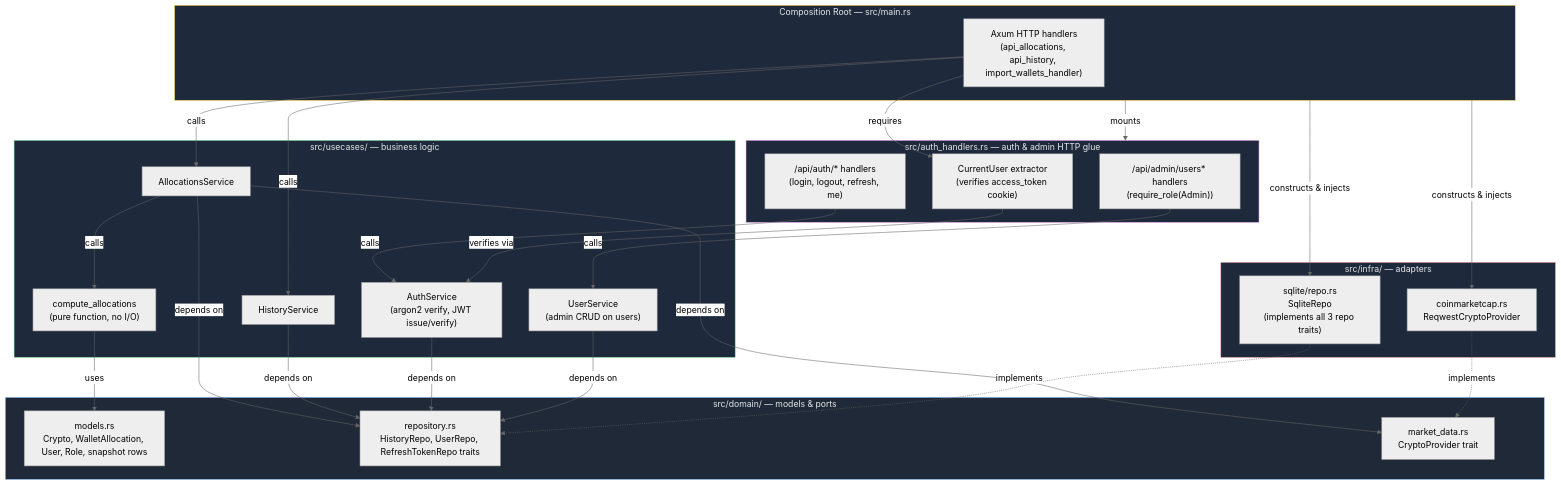
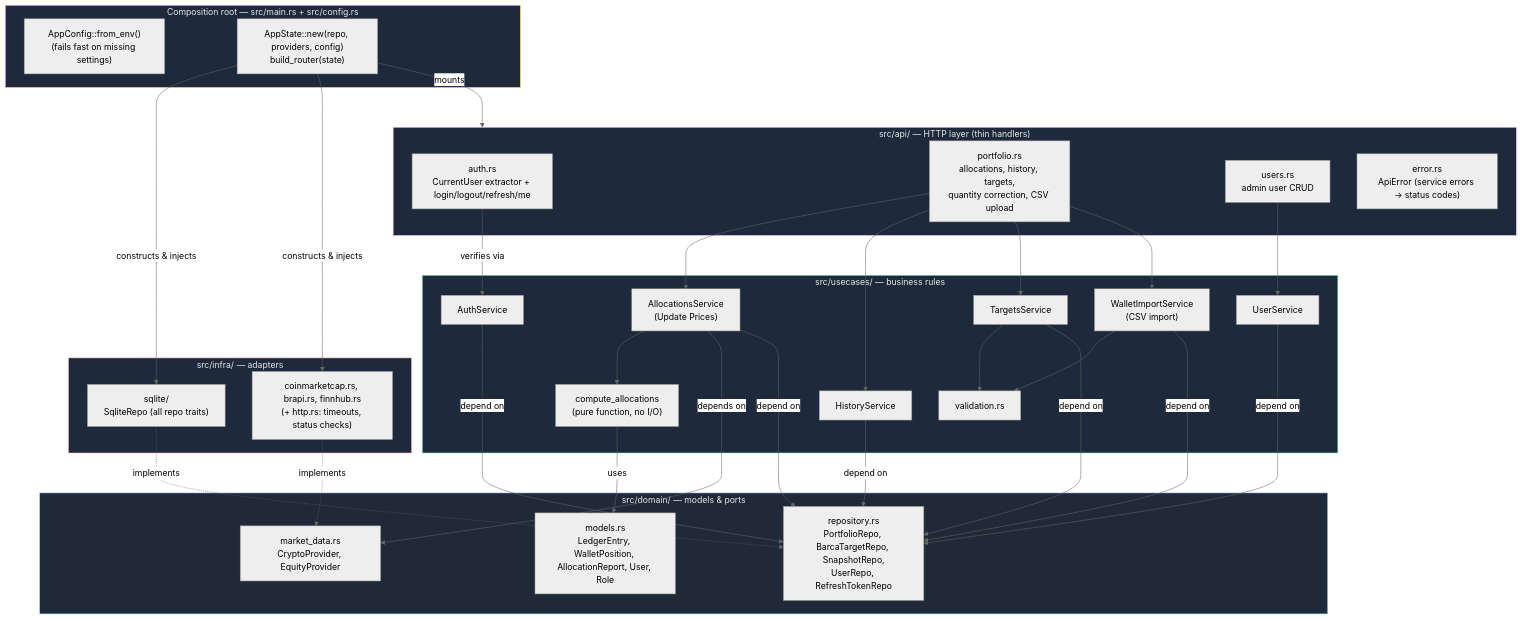
Before and after one commit to rchau73/crypto_management: the diagram in docs/architecture.mmd, drawn with Mermaid (neutral theme). The commit also changed 6 other files, not shown here.

First line of the commit message:
Update docs, diagrams, .env.example and developer skill for new layout

```diff
--- a/docs/architecture.mmd
+++ b/docs/architecture.mmd
@@ -1,56 +1,57 @@
 flowchart TD
-    subgraph MAIN["Composition Root — src/main.rs"]
-        H1["Axum HTTP handlers\n(api_allocations, api_history, import_wallets_handler)"]
+    subgraph MAIN["Composition root — src/main.rs + src/config.rs"]
+        CFG["AppConfig::from_env()\n(fails fast on missing settings)"]
+        WIRE["AppState::new(repo, providers, config)\nbuild_router(state)"]
     end
 
-    subgraph AUTHMOD["src/auth_handlers.rs — auth & admin HTTP glue"]
-        CU["CurrentUser extractor\n(verifies access_token cookie)"]
-        AH["/api/auth/* handlers\n(login, logout, refresh, me)"]
-        ADMH["/api/admin/users* handlers\n(require_role(Admin))"]
+    subgraph API["src/api/ — HTTP layer (thin handlers)"]
+        CU["auth.rs\nCurrentUser extractor + login/logout/refresh/me"]
+        PH["portfolio.rs\nallocations, history, targets,\nquantity correction, CSV upload"]
+        UH["users.rs\nadmin user CRUD"]
+        ERR["error.rs\nApiError (service errors → status codes)"]
     end
 
-    subgraph USECASES["src/usecases/ — business logic"]
+    subgraph USECASES["src/usecases/ — business rules"]
         CA["compute_allocations\n(pure function, no I/O)"]
-        AS["AllocationsService"]
+        AS["AllocationsService\n(Update Prices)"]
         HS["HistoryService"]
-        AUS["AuthService\n(argon2 verify, JWT issue/verify)"]
-        US["UserService\n(admin CRUD on users)"]
+        TS["TargetsService"]
+        WI["WalletImportService\n(CSV import)"]
+        AUS["AuthService"]
+        US["UserService"]
+        VAL["validation.rs"]
     end
 
     subgraph DOMAIN["src/domain/ — models & ports"]
-        MODELS["models.rs\nCrypto, WalletAllocation, User, Role, snapshot rows"]
-        REPO_PORT["repository.rs\nHistoryRepo, UserRepo, RefreshTokenRepo traits"]
-        MD_PORT["market_data.rs\nCryptoProvider trait"]
+        MODELS["models.rs\nLedgerEntry, WalletPosition, AllocationReport, User, Role"]
+        REPO_PORT["repository.rs\nPortfolioRepo, BarcaTargetRepo, SnapshotRepo,\nUserRepo, RefreshTokenRepo"]
+        MD_PORT["market_data.rs\nCryptoProvider, EquityProvider"]
     end
 
     subgraph INFRA["src/infra/ — adapters"]
-        SQLITE["sqlite/repo.rs\nSqliteRepo\n(implements all 3 repo traits)"]
-        CMC["coinmarketcap.rs\nReqwestCryptoProvider"]
+        SQLITE["sqlite/\nSqliteRepo (all repo traits)"]
+        PROV["coinmarketcap.rs, brapi.rs, finnhub.rs\n(+ http.rs: timeouts, status checks)"]
     end
 
-    H1 -->|requires| CU
-    H1 -->|calls| AS
-    H1 -->|calls| HS
-    AH -->|calls| AUS
-    ADMH -->|calls| US
     CU -->|verifies via| AUS
-    AS -->|calls| CA
+    PH --> AS & HS & TS & WI
+    UH --> US
+    AS --> CA
+    TS --> VAL
+    WI --> VAL
     AS -->|depends on| MD_PORT
-    AS -->|depends on| REPO_PORT
-    HS -->|depends on| REPO_PORT
-    AUS -->|depends on| REPO_PORT
-    US -->|depends on| REPO_PORT
+    AS & HS & TS & WI & AUS & US -->|depend on| REPO_PORT
     CA -->|uses| MODELS
 
     SQLITE -.->|implements| REPO_PORT
-    CMC -.->|implements| MD_PORT
+    PROV -.->|implements| MD_PORT
 
-    MAIN -->|constructs & injects| SQLITE
-    MAIN -->|constructs & injects| CMC
-    MAIN -->|mounts| AUTHMOD
+    WIRE -->|constructs & injects| SQLITE
+    WIRE -->|constructs & injects| PROV
+    WIRE -->|mounts| API
 
     style DOMAIN fill:#1f2937,stroke:#93c5fd,color:#e5e7eb
     style USECASES fill:#1e293b,stroke:#86efac,color:#e5e7eb
     style INFRA fill:#1e293b,stroke:#fca5a5,color:#e5e7eb
     style MAIN fill:#1e293b,stroke:#fcd34d,color:#e5e7eb
-    style AUTHMOD fill:#1e293b,stroke:#f0abfc,color:#e5e7eb
+    style API fill:#1e293b,stroke:#f0abfc,color:#e5e7eb
```
